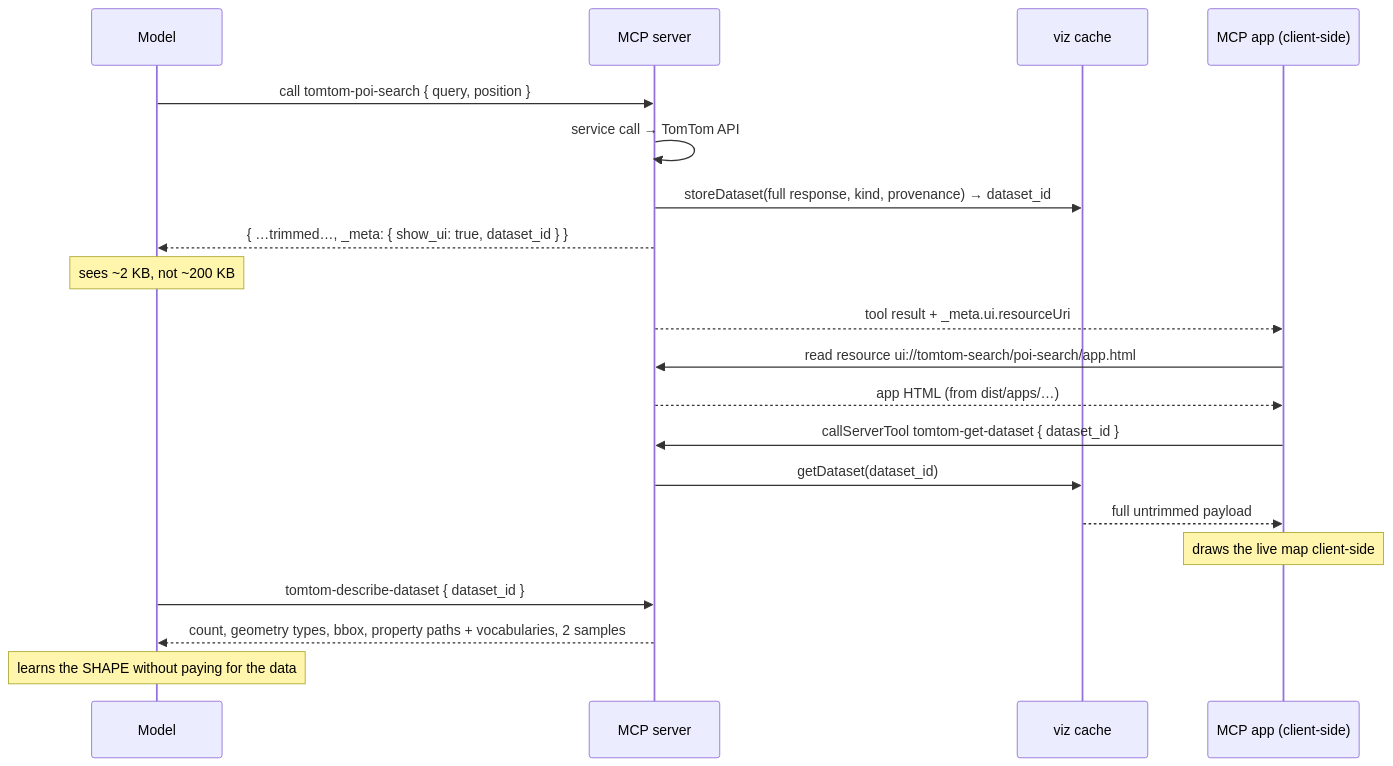
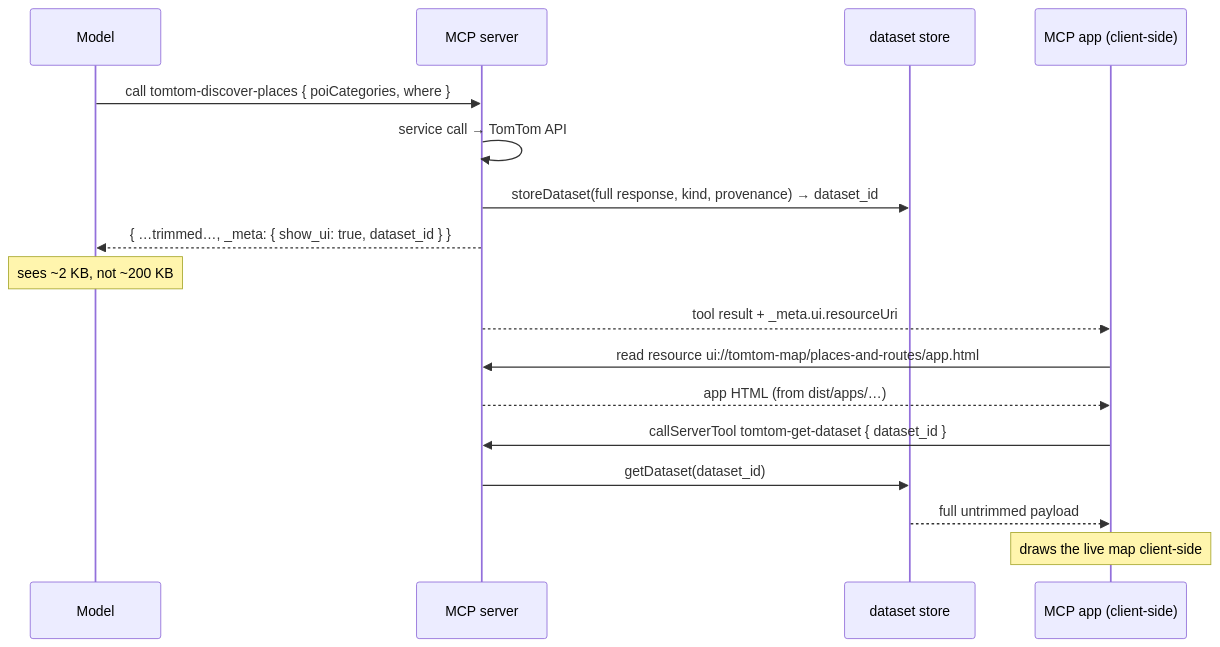
One commit to tomtom-international/tomtom-maps-mcp changed the second of 5 diagrams in docs/tools-architecture.md. Above: the diagram before and after it, drawn with Mermaid. The commit also changed other lines of this file and 14 other files, not shown here.

````diff
--- a/docs/tools-architecture.md
+++ b/docs/tools-architecture.md
@@ -53,25 +48,21 @@
 ```mermaid
 sequenceDiagram
   participant M as Model
   participant S as MCP server
-  participant C as viz cache
+  participant C as dataset store
   participant A as MCP app (client-side)
 
-  M->>S: call tomtom-poi-search { query, position }
+  M->>S: call tomtom-discover-places { poiCategories, where }
   S->>S: service call → TomTom API
   S->>C: storeDataset(full response, kind, provenance) → dataset_id
   S-->>M: { …trimmed…, _meta: { show_ui: true, dataset_id } }
   Note over M: sees ~2 KB, not ~200 KB
 
   S-->>A: tool result + _meta.ui.resourceUri
-  A->>S: read resource ui://tomtom-search/poi-search/app.html
+  A->>S: read resource ui://tomtom-map/places-and-routes/app.html
   S-->>A: app HTML (from dist/apps/…)
   A->>S: callServerTool tomtom-get-dataset { dataset_id }
   S->>C: getDataset(dataset_id)
   C-->>A: full untrimmed payload
   Note over A: draws the live map client-side
-
-  M->>S: tomtom-describe-dataset { dataset_id }
-  S-->>M: count, geometry types, bbox, property paths + vocabularies, 2 samples
-  Note over M: learns the SHAPE without paying for the data
 ```
````
